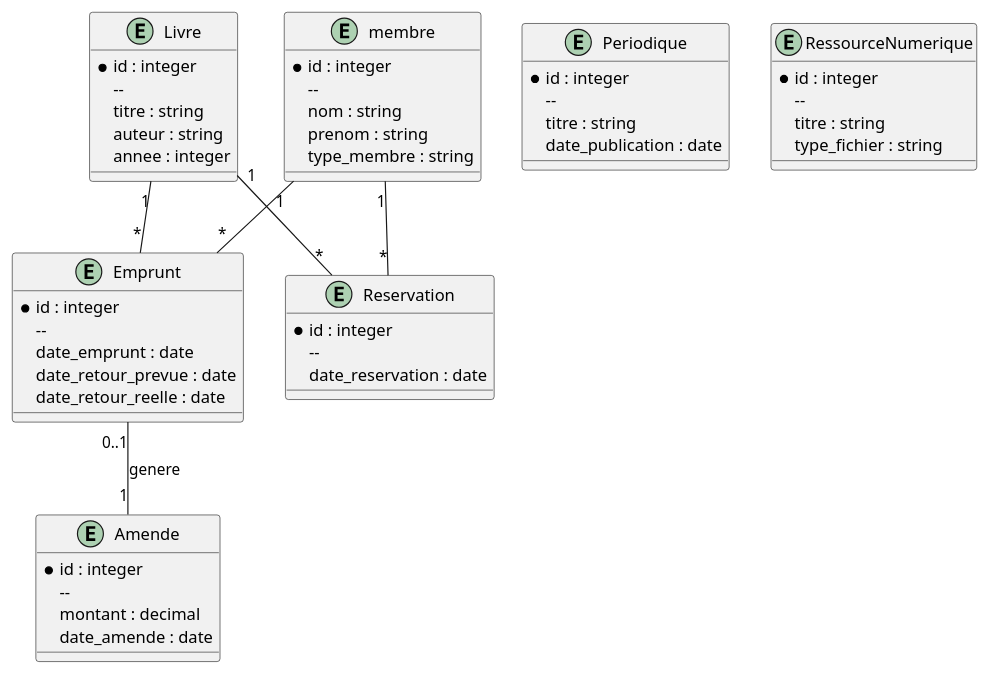
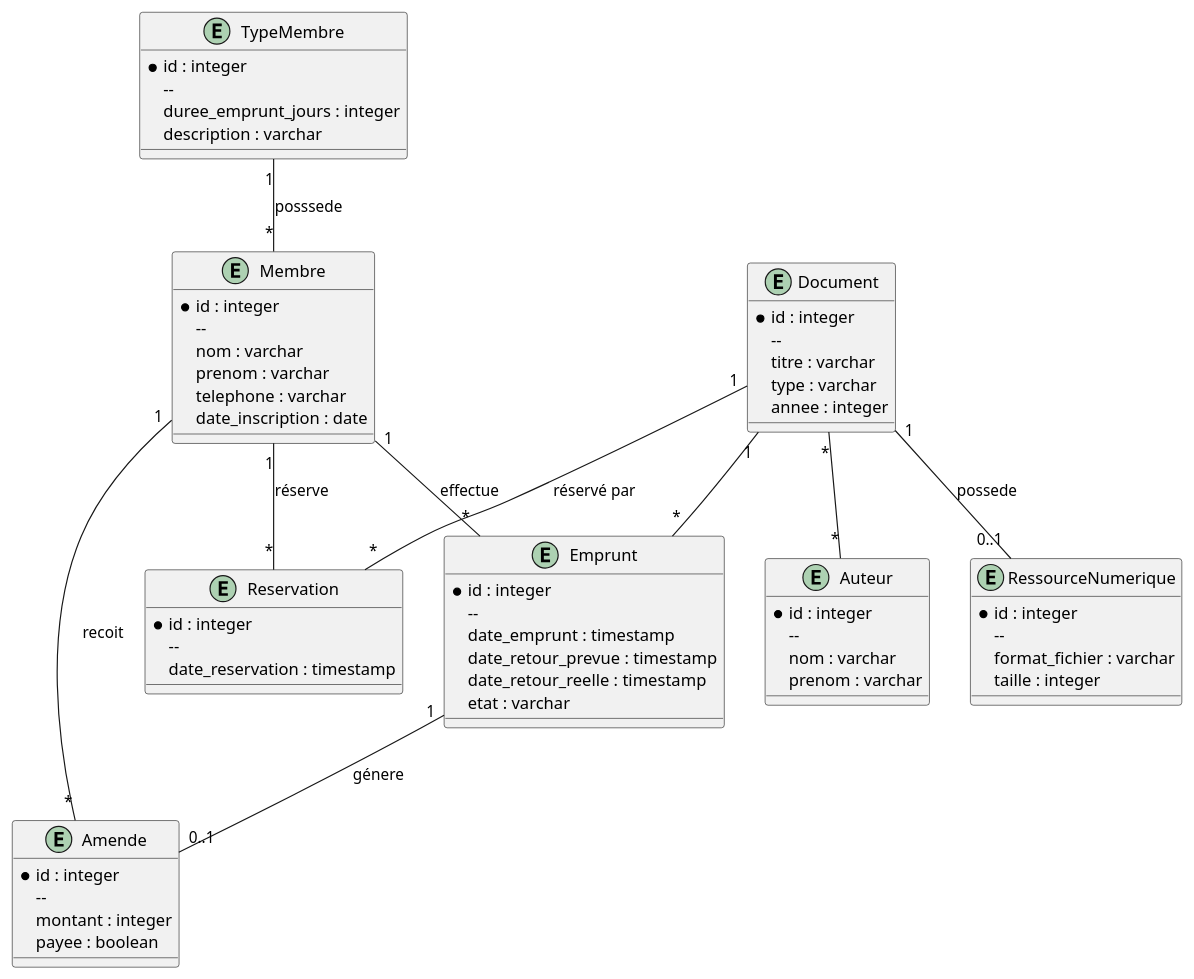
One commit to MouhamadYaya/ProjetBD_2458229 changed the diagram in readme.md. Above: the diagram before and after it, drawn with PlantUML. The commit also changed other lines of this file, not shown here.

Commit message:
Description et modele logique faites au complet

```diff
--- a/readme.md
+++ b/readme.md
@@ -25,58 +43,75 @@
 @startuml
-Entity Livre {
+Entity Membre {
 * id : integer
   --
-  titre : string
-  auteur : string
-  annee : integer
+  nom : varchar
+  prenom : varchar
+  telephone : varchar
+  date_inscription : date
   }
 
-Entity Periodique {
+Entity TypeMembre {
 * id : integer
   --
-  titre : string
-  date_publication : date
+  duree_emprunt_jours : integer
+  description : varchar
+  }
+
+Entity Document {
+* id : integer
+  --
+  titre : varchar
+  type : varchar
+  annee : integer
   }
 
 Entity RessourceNumerique {
 * id : integer
   --
-  titre : string
-  type_fichier : string
+  format_fichier : varchar
+  taille : integer
   }
 
-Entity membre {
+Entity Emprunt {
 * id : integer
   --
-  nom : string
-  prenom : string
-  type_membre : string
-  }
-
-entity Emprunt {
-* id : integer
-  --
-  date_emprunt : date
-  date_retour_prevue : date
-  date_retour_reelle : date
+  date_emprunt : timestamp
+  date_retour_prevue : timestamp
+  date_retour_reelle : timestamp
+  etat : varchar
   }
 
 Entity Reservation {
 * id : integer
   --
-  date_reservation : date
+  date_reservation : timestamp
   }
 
 Entity Amende {
 * id : integer
   --
-  montant : decimal
-  date_amende : date
+  montant : integer
+  payee : boolean
   }
 
-membre "1" -- "*" Emprunt
-membre "1" -- "*" Reservation
-Emprunt "0..1" -- "1" Amende : genere
-Livre "1" -- "*" Emprunt
-Livre "1" -- "*" Reservation
+Entity Auteur {
+* id : integer
+  --
+  nom : varchar
+  prenom : varchar
+  }
+
+TypeMembre "1" -- "*" Membre : "posssede"
+
+Membre "1" -- "*" Emprunt : "effectue"
+Membre "1" -- "*" Reservation : "réserve"
+Membre "1" -- "*" Amende : "recoit"
+
+Document "1" -- "*" Emprunt
+Document "1" -- "*" Reservation : "réservé par"
+
+Document "1" -- "0..1" RessourceNumerique : "possede"
+
+Emprunt "1" -- "0..1" Amende : "génere"
+Document "*" -- "*" Auteur
 @enduml
```
